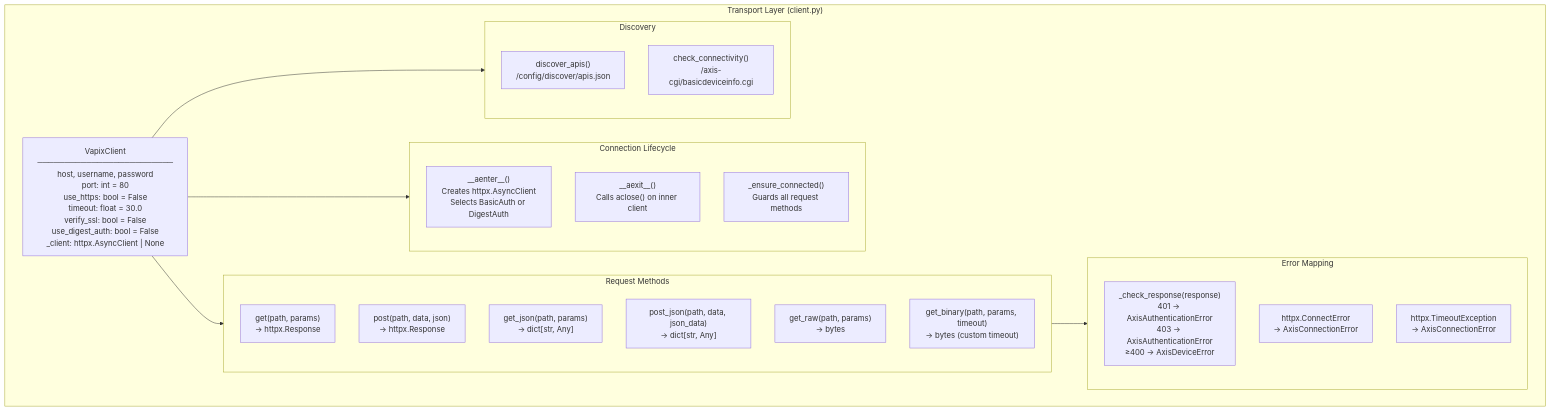
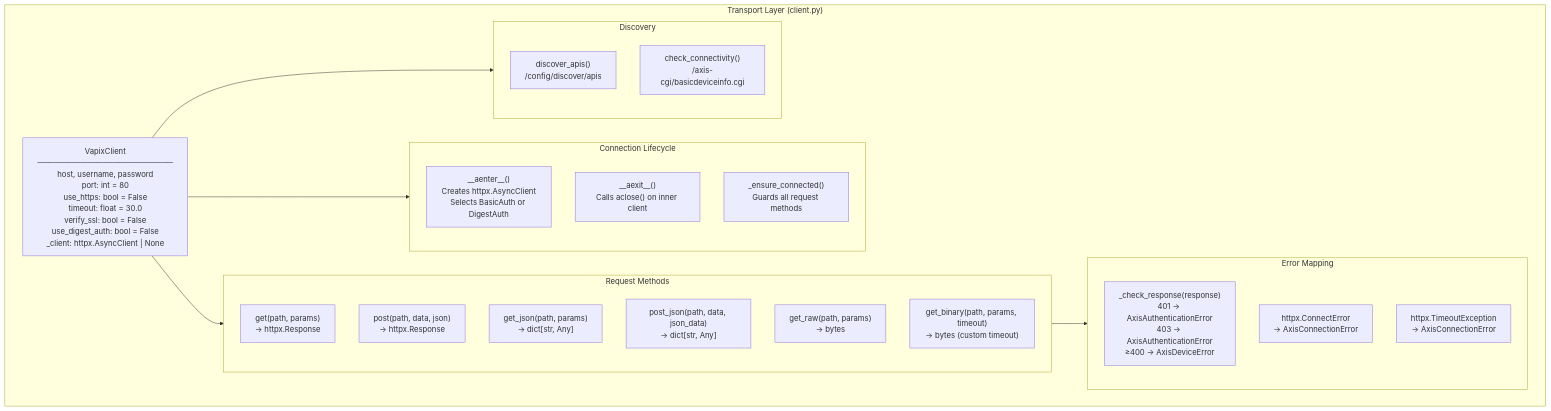
One commit to NetDevAutomate/axiscam changed the sixth of 15 diagrams in docs/c4-architecture.md. Above: the diagram before and after it, drawn with Mermaid. The commit also changed other lines of this file and 10 other files, not shown here.

````diff
--- a/docs/c4-architecture.md
+++ b/docs/c4-architecture.md
@@ -316,37 +317,37 @@
 ```mermaid
 graph TD
     subgraph Transport["Transport Layer (client.py)"]
         vc["VapixClient<br/>─────────────────────────<br/>host, username, password<br/>port: int = 80<br/>use_https: bool = False<br/>timeout: float = 30.0<br/>verify_ssl: bool = False<br/>use_digest_auth: bool = False<br/>_client: httpx.AsyncClient | None"]
 
         subgraph lifecycle["Connection Lifecycle"]
             enter["__aenter__()<br/>Creates httpx.AsyncClient<br/>Selects BasicAuth or DigestAuth"]
             exit["__aexit__()<br/>Calls aclose() on inner client"]
             ensure["_ensure_connected()<br/>Guards all request methods"]
         end
 
         subgraph methods["Request Methods"]
             get["get(path, params)<br/>→ httpx.Response"]
             post["post(path, data, json)<br/>→ httpx.Response"]
             getJson["get_json(path, params)<br/>→ dict[str, Any]"]
             postJson["post_json(path, data, json_data)<br/>→ dict[str, Any]"]
             getRaw["get_raw(path, params)<br/>→ bytes"]
             getBinary["get_binary(path, params, timeout)<br/>→ bytes (custom timeout)"]
         end
 
         subgraph errorHandling["Error Mapping"]
             check["_check_response(response)<br/>401 → AxisAuthenticationError<br/>403 → AxisAuthenticationError<br/>≥400 → AxisDeviceError"]
             connErr["httpx.ConnectError<br/>→ AxisConnectionError"]
             timeoutErr["httpx.TimeoutException<br/>→ AxisConnectionError"]
         end
 
         subgraph discovery["Discovery"]
-            discoverAPIs["discover_apis()<br/>/config/discover/apis.json"]
+            discoverAPIs["discover_apis()<br/>/config/discover/apis"]
             checkConn["check_connectivity()<br/>/axis-cgi/basicdeviceinfo.cgi"]
         end
     end
 
     vc --> lifecycle
     vc --> methods
     methods --> errorHandling
     vc --> discovery
 ```
````
